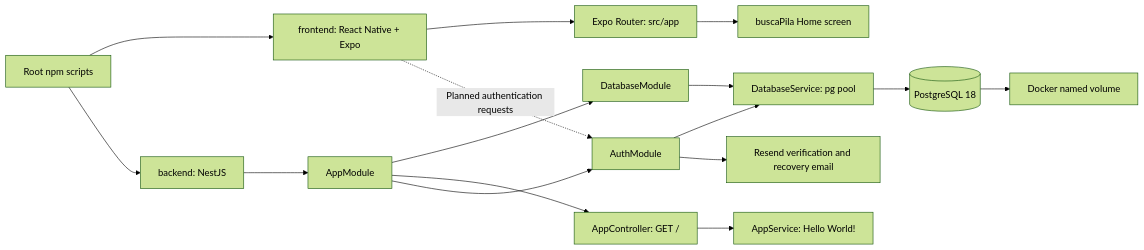
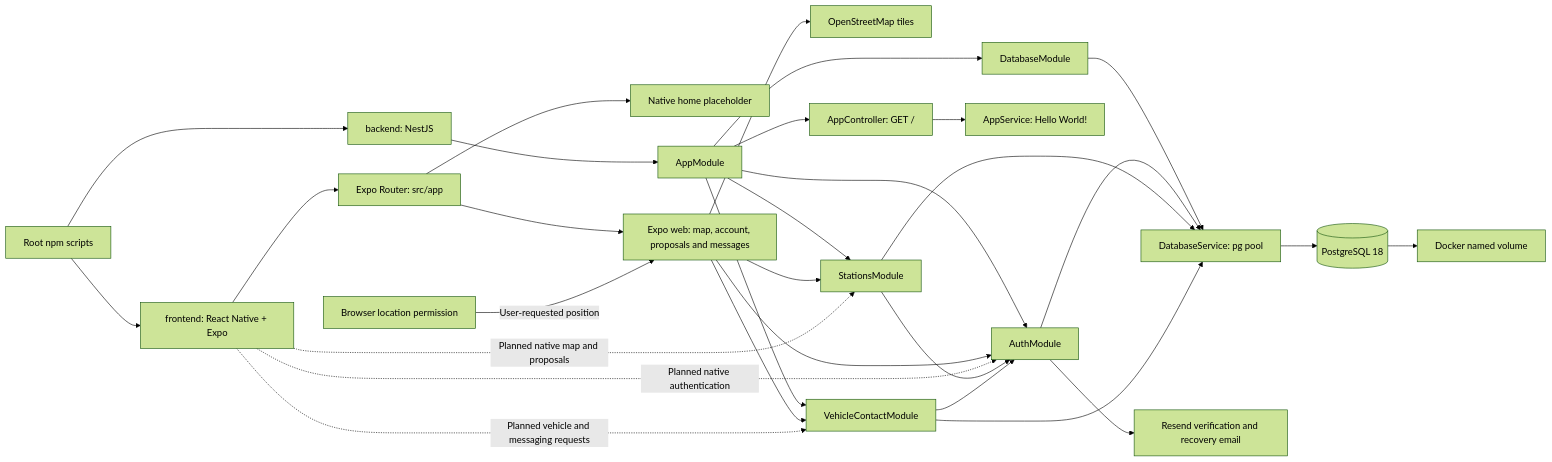
The first of 2 diagrams in docs/ARCHITECTURE.md (JuanCarlosIsordiaB/plugi), drawn with Mermaid (forest theme) before and after one commit. The commit also changed other lines of this file and 88 other files, not shown here.

Commit message:
Build and refine the buscaPila web MVP

````diff
--- a/docs/ARCHITECTURE.md
+++ b/docs/ARCHITECTURE.md
@@ -13,18 +13,32 @@
 ```mermaid
 flowchart LR
     Scripts[Root npm scripts] --> Mobile[frontend: React Native + Expo]
     Scripts --> API[backend: NestJS]
     Mobile --> Router[Expo Router: src/app]
-    Router --> Home[buscaPila Home screen]
+    Router --> Home[Native home placeholder]
+    Router --> Web[Expo web: map, account, proposals and messages]
+    Web --> Tiles[OpenStreetMap tiles]
+    Location[Browser location permission] -->|User-requested position| Web
     API --> Module[AppModule]
     Module --> DatabaseModule[DatabaseModule]
     DatabaseModule --> Pool[DatabaseService: pg pool]
     Pool --> Postgres[(PostgreSQL 18)]
     Postgres --> Volume[Docker named volume]
     Module --> Controller[AppController: GET /]
     Controller --> Service[AppService: Hello World!]
     Module --> Auth[AuthModule]
     Auth --> Pool
     Auth --> Email[Resend verification and recovery email]
-    Mobile -. Planned authentication requests .-> Auth
+    Web --> Auth
+    Mobile -. Planned native authentication .-> Auth
+    Module --> Stations[StationsModule]
+    Module --> Contact[VehicleContactModule]
+    Stations --> Pool
+    Contact --> Pool
+    Stations --> Auth
+    Contact --> Auth
+    Web --> Stations
+    Web --> Contact
+    Mobile -. Planned native map and proposals .-> Stations
+    Mobile -. Planned vehicle and messaging requests .-> Contact
 ```
````
